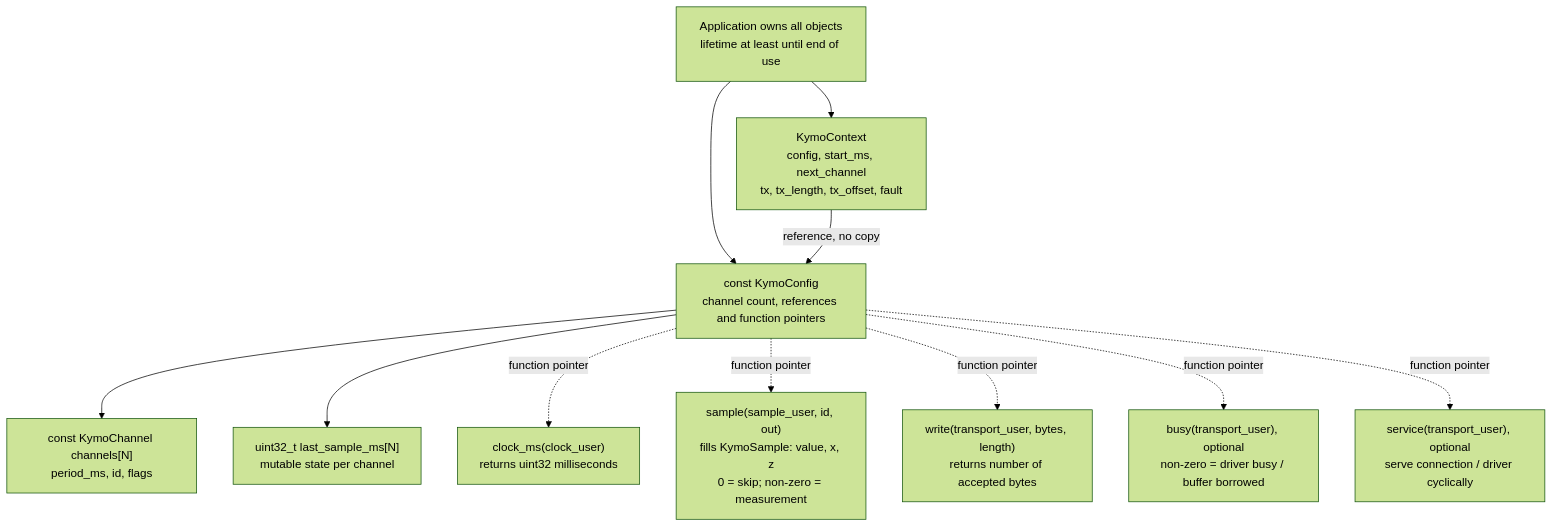
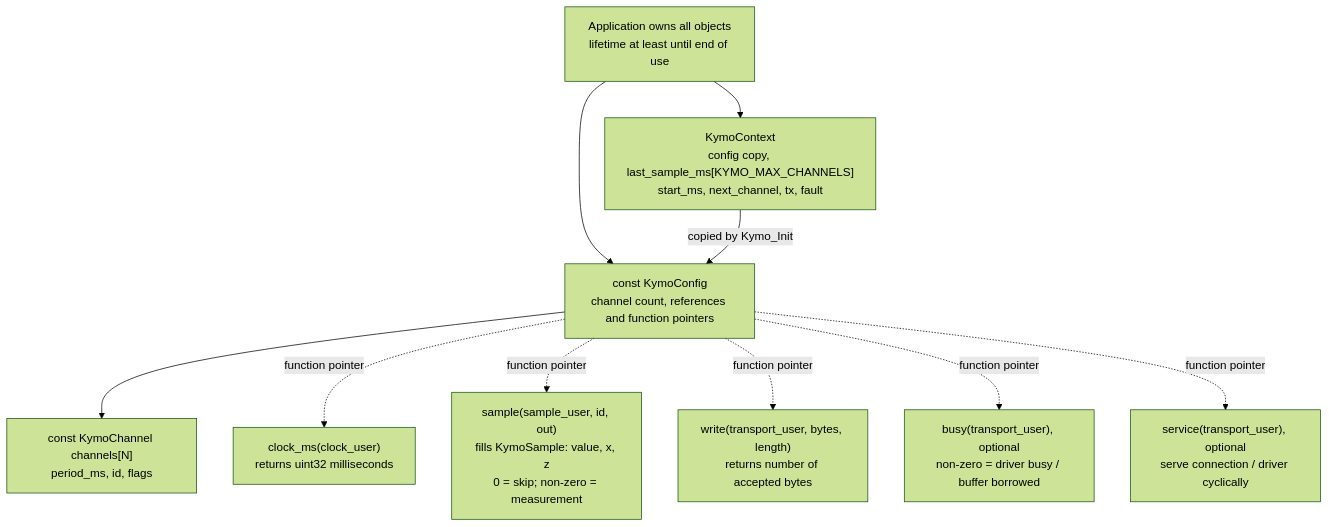
The second of 5 diagrams in docs/MANUAL.md (CodeName-666/kymoprobe), drawn with Mermaid (forest theme) before and after one commit. The commit also changed other lines of this file and 156 other files, not shown here.

````diff
--- a/docs/MANUAL.md
+++ b/docs/MANUAL.md
@@ -138,23 +139,21 @@
 ```mermaid
 flowchart TB
     App["Application owns all objects<br/>lifetime at least until end of use"]
-    Context["KymoContext<br/>config, start_ms, next_channel<br/>tx, tx_length, tx_offset, fault"]
+    Context["KymoContext<br/>config copy, last_sample_ms[KYMO_MAX_CHANNELS]<br/>start_ms, next_channel, tx, fault"]
     Config["const KymoConfig<br/>channel count, references and function pointers"]
     Channels["const KymoChannel channels[N]<br/>period_ms, id, flags"]
-    Times["uint32_t last_sample_ms[N]<br/>mutable state per channel"]
     Clock["clock_ms(clock_user)<br/>returns uint32 milliseconds"]
     Sample["sample(sample_user, id, out)<br/>fills KymoSample: value, x, z<br/>0 = skip; non-zero = measurement"]
     Write["write(transport_user, bytes, length)<br/>returns number of accepted bytes"]
     Busy["busy(transport_user), optional<br/>non-zero = driver busy / buffer borrowed"]
     Service["service(transport_user), optional<br/>serve connection / driver cyclically"]
     App --> Context
     App --> Config
-    Context -->|"reference, no copy"| Config
+    Context -->|"copied by Kymo_Init"| Config
     Config --> Channels
-    Config --> Times
     Config -.->|function pointer| Clock
     Config -.->|function pointer| Sample
     Config -.->|function pointer| Write
     Config -.->|function pointer| Busy
     Config -.->|function pointer| Service
 ```
````
